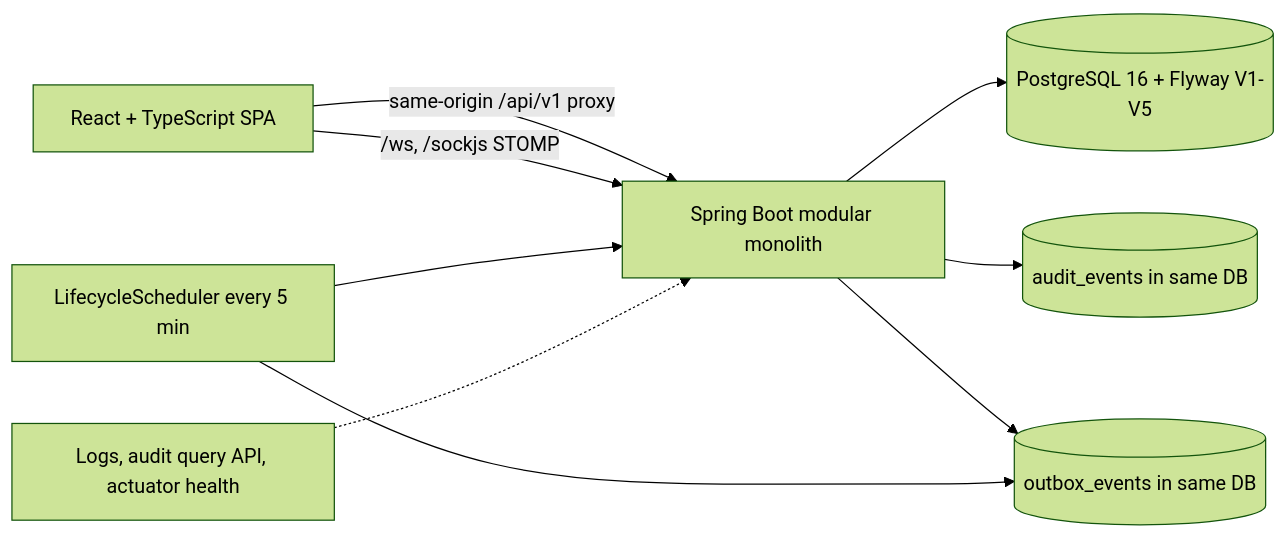
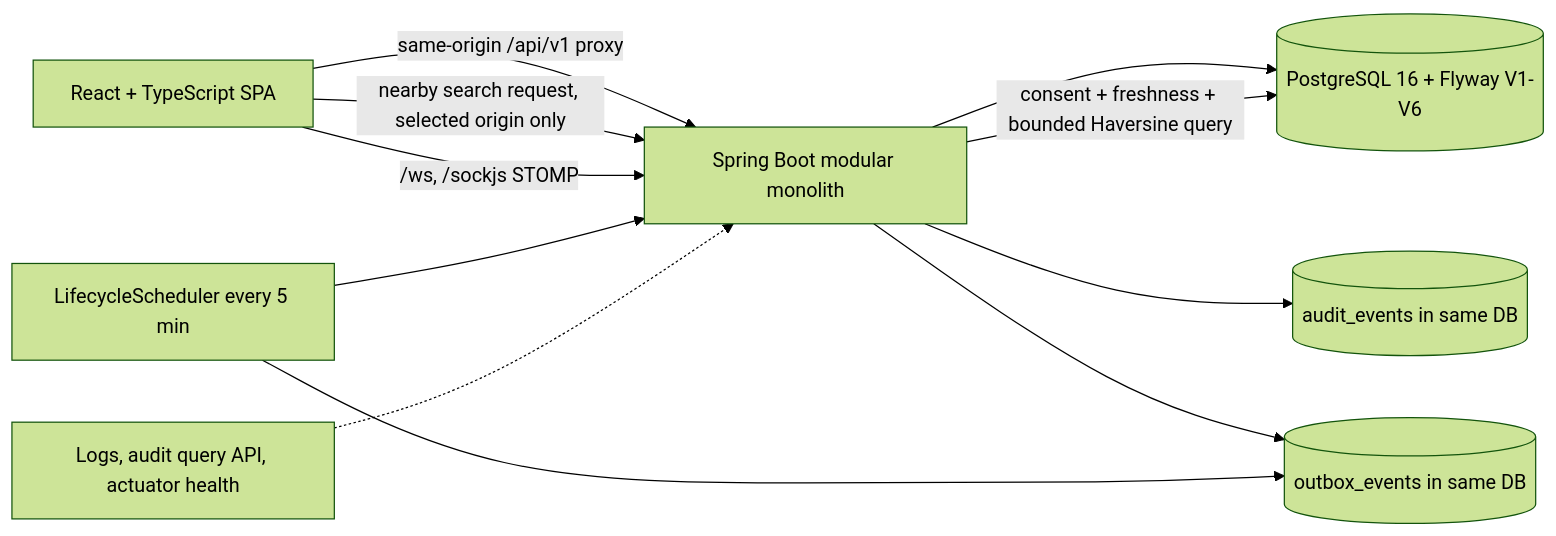
One commit to karkalashivareddy/Advanced-Object-Oriented-Programming-Project changed the first of 4 diagrams in project/docs/architecture/SYSTEM_ARCHITECTURE.md. Above: the diagram before and after it, drawn with Mermaid (forest theme). The commit also changed other lines of this file and 68 other files, not shown here.

````diff
--- a/project/docs/architecture/SYSTEM_ARCHITECTURE.md
+++ b/project/docs/architecture/SYSTEM_ARCHITECTURE.md
@@ -24,11 +25,13 @@
 ```mermaid
 flowchart LR
     UI[React + TypeScript SPA] -->|same-origin /api/v1 proxy| API[Spring Boot modular monolith]
+    UI -->|nearby search request, selected origin only| API
     UI -->|/ws, /sockjs STOMP| API
-    API --> PG[(PostgreSQL 16 + Flyway V1-V5)]
+    API --> PG[(PostgreSQL 16 + Flyway V1-V6)]
+    API -->|consent + freshness + bounded Haversine query| PG
     API --> AUDIT[(audit_events in same DB)]
     API --> OUT[(outbox_events in same DB)]
     S[LifecycleScheduler every 5 min] --> OUT
     S --> API
     OBS[Logs, audit query API, actuator health] -.-> API
 ```
````
